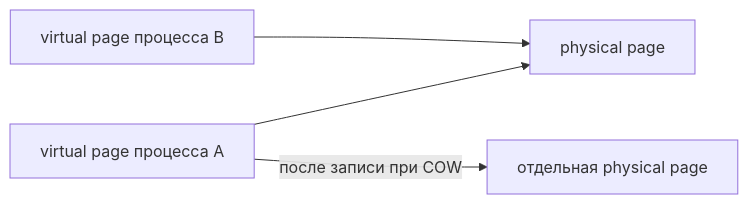
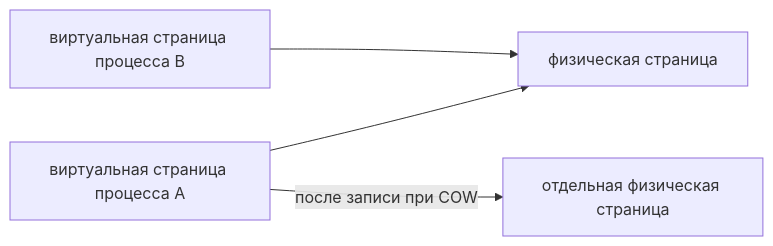
The diagram in docs/linux/virtual-memory.md (leary1337/vault), drawn with Mermaid before and after one commit. The commit also changed other lines of this file and 325 other files, not shown here.

````diff
--- a/docs/linux/virtual-memory.md
+++ b/docs/linux/virtual-memory.md
@@ -40,6 +41,6 @@
 ```mermaid
 flowchart LR
-    V["virtual page процесса A"] --> P["physical page"]
-    W["virtual page процесса B"] --> P
-    V -->|"после записи при COW"| N["отдельная physical page"]
+    V["виртуальная страница процесса A"] --> P["физическая страница"]
+    W["виртуальная страница процесса B"] --> P
+    V -->|"после записи при COW"| N["отдельная физическая страница"]
 ```
````
